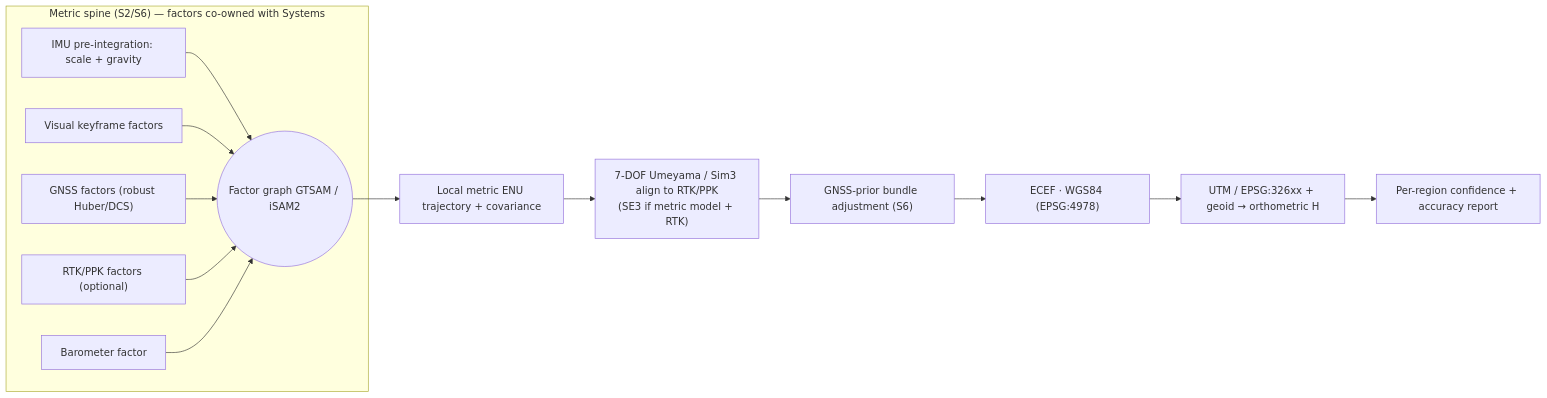
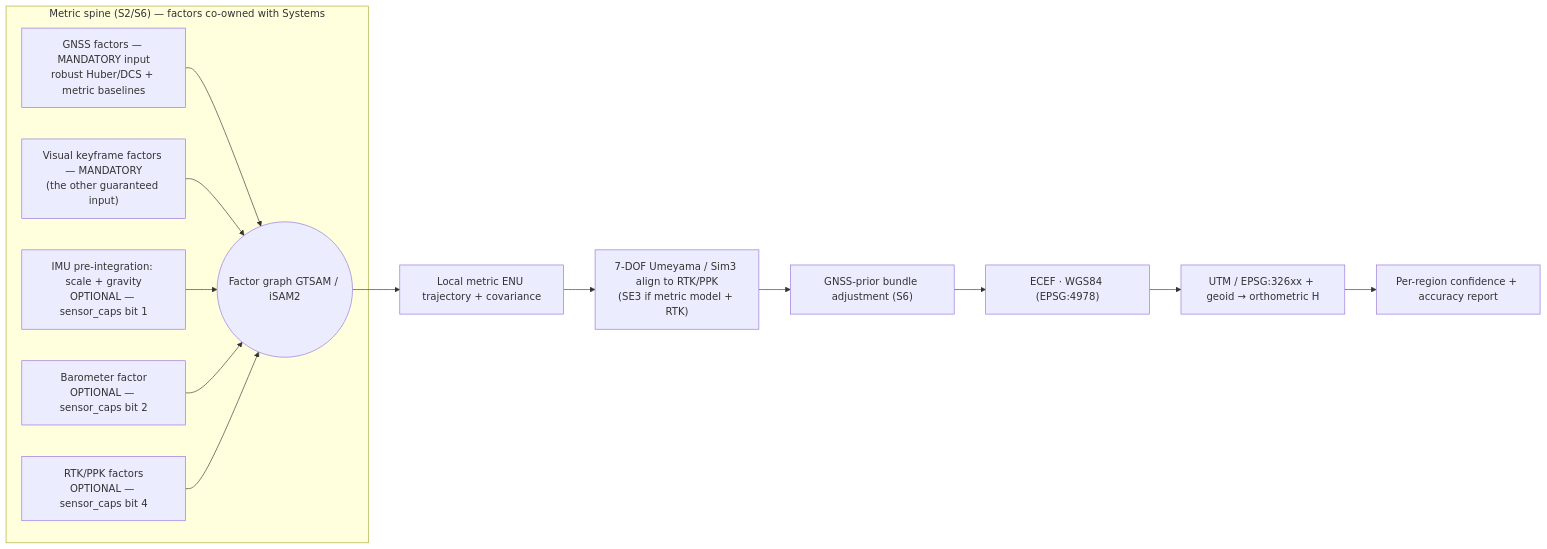
The first of 2 diagrams in docs/roles/5-geospatial-accuracy-research.md (suryanarayan100406/rtos), drawn with Mermaid before and after one commit. The commit also changed other lines of this file and 17 other files, not shown here.

````diff
--- a/docs/roles/5-geospatial-accuracy-research.md
+++ b/docs/roles/5-geospatial-accuracy-research.md
@@ -121,16 +144,16 @@
 ```mermaid
 flowchart LR
   subgraph SPINE["Metric spine (S2/S6) — factors co-owned with Systems"]
-    IMU["IMU pre-integration: scale + gravity"] --> FG(("Factor graph GTSAM / iSAM2"))
-    VIS["Visual keyframe factors"] --> FG
-    GNSS["GNSS factors (robust Huber/DCS)"] --> FG
-    RTK["RTK/PPK factors (optional)"] --> FG
-    BARO["Barometer factor"] --> FG
+    GNSS["GNSS factors — MANDATORY input<br/>robust Huber/DCS + metric baselines"] --> FG(("Factor graph GTSAM / iSAM2"))
+    VIS["Visual keyframe factors — MANDATORY<br/>(the other guaranteed input)"] --> FG
+    IMU["IMU pre-integration: scale + gravity<br/>OPTIONAL — sensor_caps bit 1"] --> FG
+    BARO["Barometer factor<br/>OPTIONAL — sensor_caps bit 2"] --> FG
+    RTK["RTK/PPK factors<br/>OPTIONAL — sensor_caps bit 4"] --> FG
   end
   FG --> TRAJ["Local metric ENU trajectory + covariance"]
   TRAJ --> ALIGN["7-DOF Umeyama / Sim3 align to RTK/PPK<br/>(SE3 if metric model + RTK)"]
   ALIGN --> BAP["GNSS-prior bundle adjustment (S6)"]
   BAP --> ECEF["ECEF · WGS84 (EPSG:4978)"]
   ECEF --> UTM["UTM / EPSG:326xx + geoid → orthometric H"]
   UTM --> REP["Per-region confidence + accuracy report"]
 ```
````
